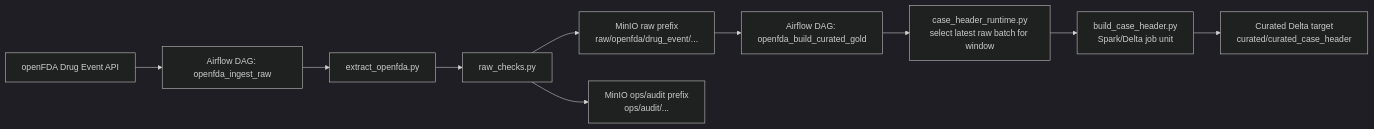
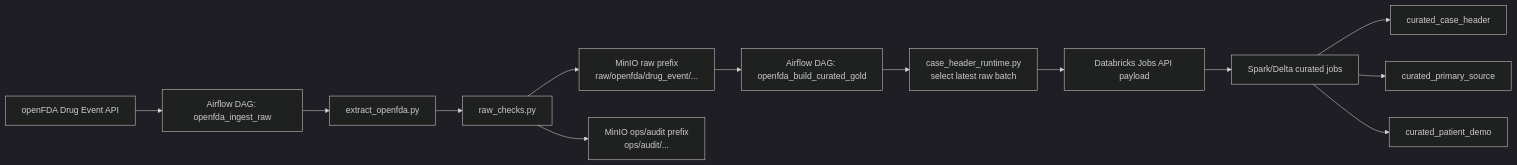
The first of 2 diagrams in docs/architecture.md (logeshvar/openfda-faers-pharma-covigilance-reporting), drawn with Mermaid (dark theme) before and after one commit. The commit also changed other lines of this file and 14 other files, not shown here.

Commit message:
Add | Databricks integration and update DAGs for databricks job submit

````diff
--- a/docs/architecture.md
+++ b/docs/architecture.md
@@ -9,12 +13,15 @@
 ```mermaid
 flowchart LR
     A["openFDA Drug Event API"] --> B["Airflow DAG: openfda_ingest_raw"]
     B --> C["extract_openfda.py"]
     C --> D["raw_checks.py"]
     D --> E["MinIO raw prefix<br/>raw/openfda/drug_event/..."]
     D --> F["MinIO ops/audit prefix<br/>ops/audit/..."]
     E --> G["Airflow DAG: openfda_build_curated_gold"]
-    G --> H["case_header_runtime.py<br/>select latest raw batch for window"]
-    H --> I["build_case_header.py<br/>Spark/Delta job unit"]
-    I --> J["Curated Delta target<br/>curated/curated_case_header"]
+    G --> H["case_header_runtime.py<br/>select latest raw batch"]
+    H --> I["Databricks Jobs API payload"]
+    I --> J["Spark/Delta curated jobs"]
+    J --> K["curated_case_header"]
+    J --> L["curated_primary_source"]
+    J --> M["curated_patient_demo"]
 ```
````
